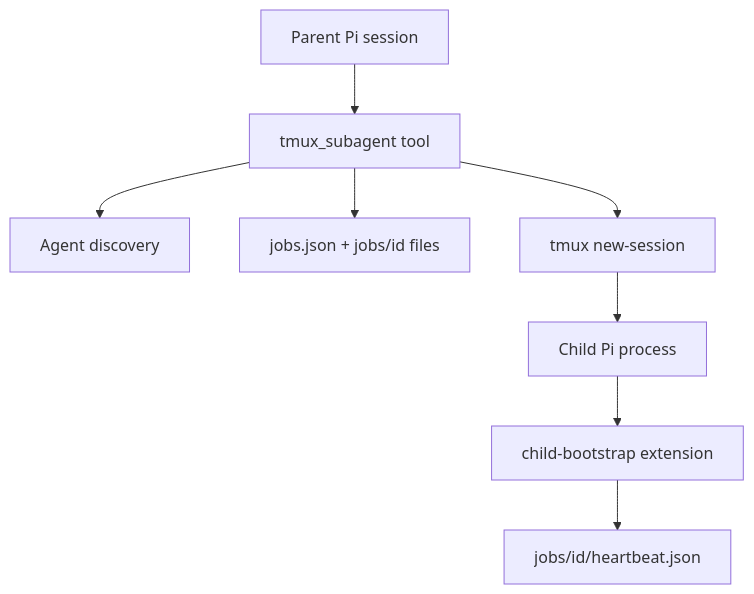
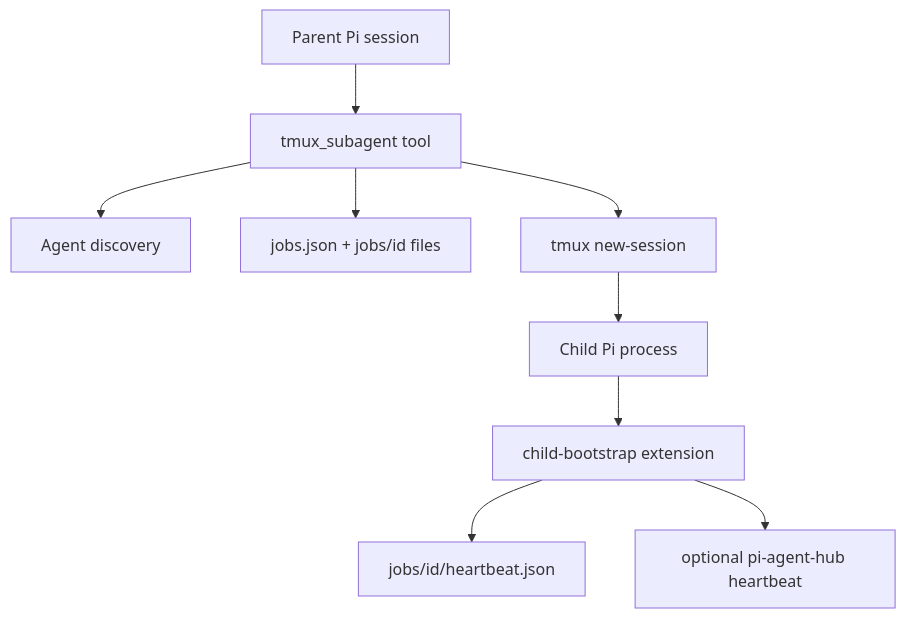
One commit to masta-g3/pi-tmux-subagents changed the diagram in docs/STRUCTURE.md. Above: the diagram before and after it, drawn with Mermaid. The commit also changed other lines of this file and 14 other files, not shown here.

````diff
--- a/docs/STRUCTURE.md
+++ b/docs/STRUCTURE.md
@@ -7,10 +7,11 @@
 ```mermaid
 flowchart TD
   Parent[Parent Pi session] --> Tool[tmux_subagent tool]
   Tool --> Agents[Agent discovery]
   Tool --> State[jobs.json + jobs/id files]
   Tool --> Tmux[tmux new-session]
   Tmux --> Child[Child Pi process]
   Child --> Bootstrap[child-bootstrap extension]
   Bootstrap --> Heartbeat[jobs/id/heartbeat.json]
+  Bootstrap --> HubHeartbeat[optional pi-agent-hub heartbeat]
 ```
````
